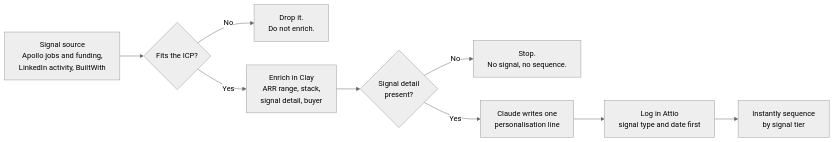
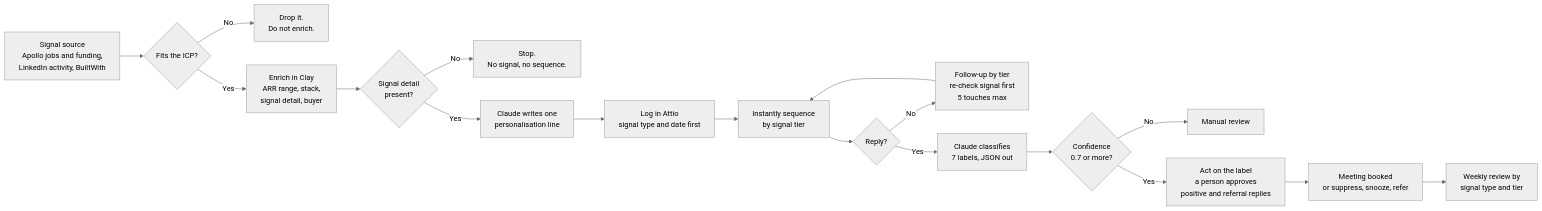
Before and after one commit to chandanapitta-wasabi/signal-led-outbound: the diagram in README.md, drawn with Mermaid (neutral theme). The commit also changed other lines of this file and 7 other files, not shown here.

First line of the commit message:
Add reply handling, follow-up logic, deliverability and measurement

````diff
--- a/README.md
+++ b/README.md
@@ -11,11 +11,20 @@
 ```mermaid
 flowchart LR
     A["Signal source<br/>Apollo jobs and funding,<br/>LinkedIn activity, BuiltWith"] --> B{"Fits the ICP?"}
     B -- No --> X1["Drop it.<br/>Do not enrich."]
     B -- Yes --> C["Enrich in Clay<br/>ARR range, stack,<br/>signal detail, buyer"]
     C --> D{"Signal detail<br/>present?"}
     D -- No --> X2["Stop.<br/>No signal, no sequence."]
     D -- Yes --> E["Claude writes one<br/>personalisation line"]
     E --> F["Log in Attio<br/>signal type and date first"]
     F --> G["Instantly sequence<br/>by signal tier"]
+    G --> H{"Reply?"}
+    H -- No --> I["Follow-up by tier<br/>re-check signal first<br/>5 touches max"]
+    I --> G
+    H -- Yes --> J["Claude classifies<br/>7 labels, JSON out"]
+    J --> K{"Confidence<br/>0.7 or more?"}
+    K -- No --> L["Manual review"]
+    K -- Yes --> M["Act on the label<br/>a person approves<br/>positive and referral replies"]
+    M --> N["Meeting booked<br/>or suppress, snooze, refer"]
+    N --> O["Weekly review by<br/>signal type and tier"]
 ```
````
